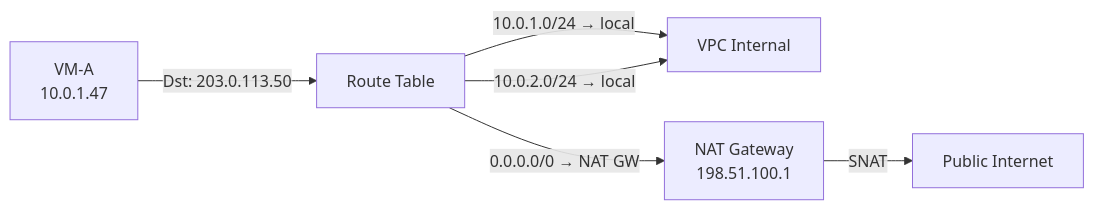
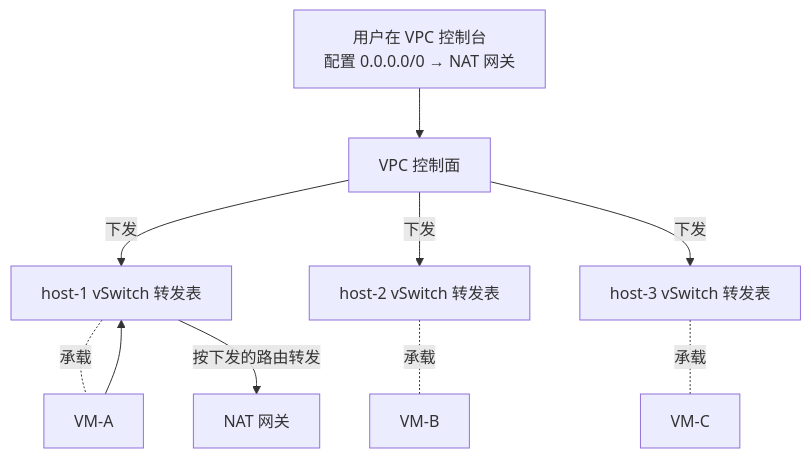
One commit to caozhiyi/network-book changed the third of 4 diagrams in docs/13.VM要上网NAT网关的诞生.md. Above: the diagram before and after it, drawn with Mermaid. The commit also changed other lines of this file and 77 other files, not shown here.

````diff
--- a/docs/13.VM要上网NAT网关的诞生.md
+++ b/docs/13.VM要上网NAT网关的诞生.md
@@ -150,8 +194,12 @@
 ```mermaid
-graph LR
-    VM[VM-A<br/>10.0.1.47] -->|Dst: 203.0.113.50| RT[Route Table]
-    RT -->|10.0.1.0/24 → local| LOCAL[VPC Internal]
-    RT -->|10.0.2.0/24 → local| LOCAL
-    RT -->|0.0.0.0/0 → NAT GW| NATGW[NAT Gateway<br/>198.51.100.1]
-    NATGW -->|SNAT| INTERNET[Public Internet]
+graph TB
+    U[用户在 VPC 控制台<br/>配置 0.0.0.0/0 → NAT 网关] --> CP[VPC 控制面]
+    CP -->|下发| H1[host-1 vSwitch 转发表]
+    CP -->|下发| H2[host-2 vSwitch 转发表]
+    CP -->|下发| H3[host-3 vSwitch 转发表]
+    H1 -.承载.- V1[VM-A]
+    H2 -.承载.- V2[VM-B]
+    H3 -.承载.- V3[VM-C]
+    V1 --> H1
+    H1 -->|按下发的路由转发| NAT[NAT 网关]
 ```
````
